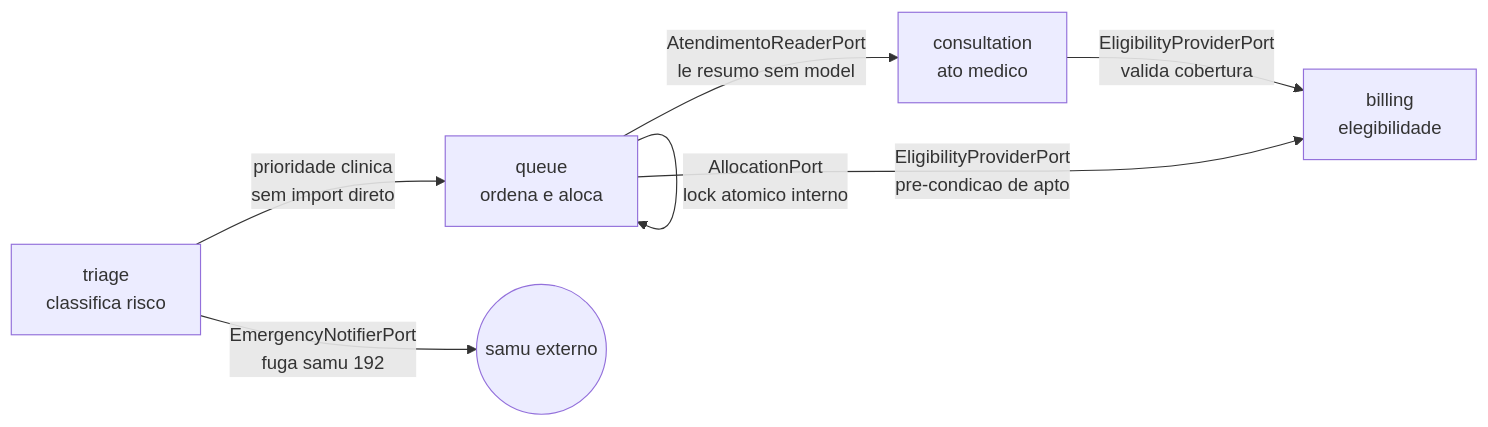
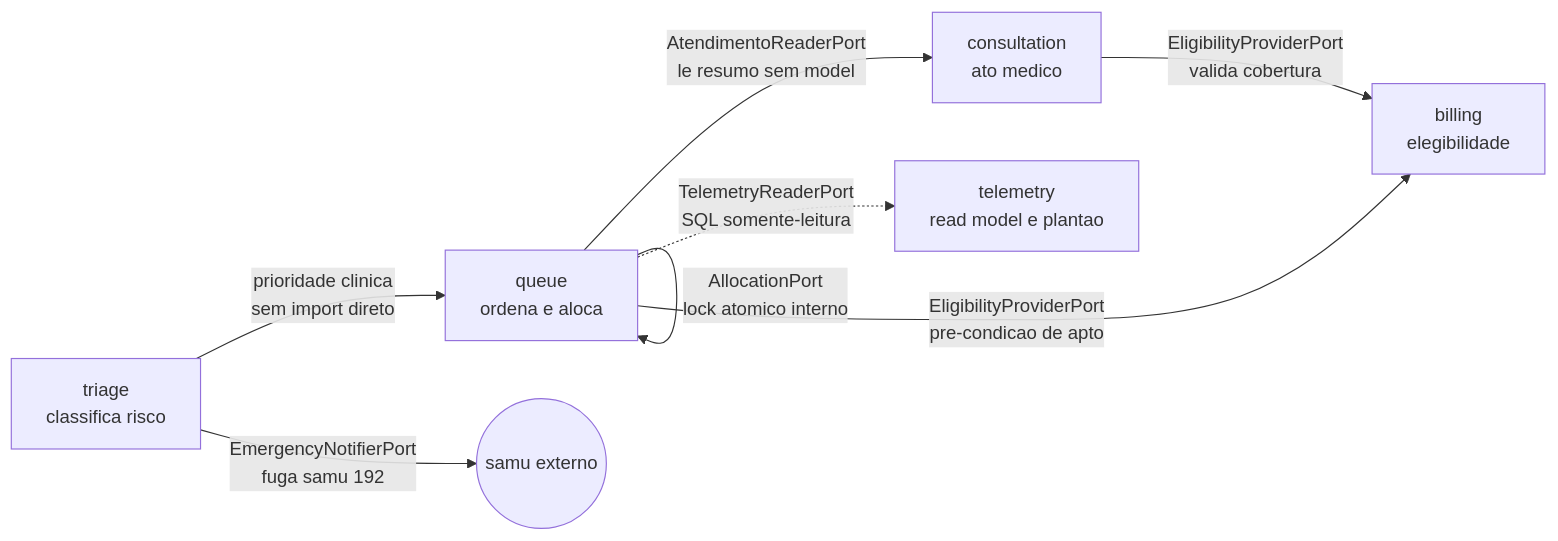
Before and after one commit to Rafaelp122/medisync: the diagram in docs/explanation/domains/context-map.md, drawn with Mermaid. The commit also changed other lines of this file and 33 other files, not shown here.

First line of the commit message:
feat(telemetry): implementar módulo desacoplado de telemetria operacional e read model (RF-10 / RF-09)

````diff
--- a/docs/explanation/domains/context-map.md
+++ b/docs/explanation/domains/context-map.md
@@ -17,9 +17,10 @@
 ```mermaid
 flowchart LR
     triage[triage<br/>classifica risco] -->|prioridade clinica<br/>sem import direto| queue[queue<br/>ordena e aloca]
     queue -->|AtendimentoReaderPort<br/>le resumo sem model| consultation[consultation<br/>ato medico]
     consultation -->|EligibilityProviderPort<br/>valida cobertura| billing[billing<br/>elegibilidade]
     queue -->|EligibilityProviderPort<br/>pre-condicao de apto| billing
     queue -->|AllocationPort<br/>lock atomico interno| queue
     triage -->|EmergencyNotifierPort<br/>fuga samu 192| externo((samu externo))
+    queue -.->|TelemetryReaderPort<br/>SQL somente-leitura| telemetry[telemetry<br/>read model e plantao]
 ```
````
